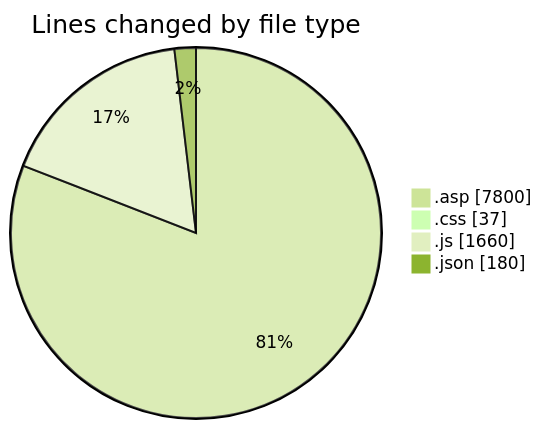
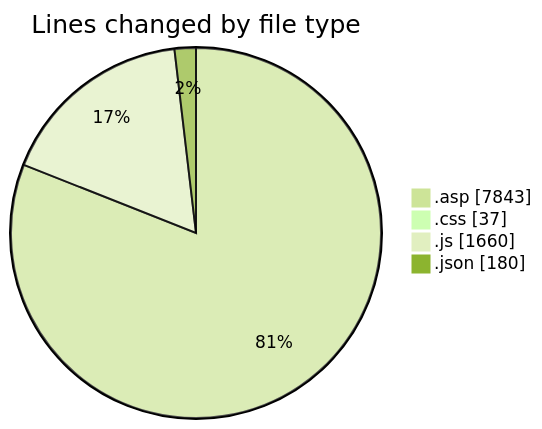
One commit to julien-gomy/code-tracking changed the first of 2 diagrams in 2025-11-02/cdp_aleoudev_fr__workspace_/README.md. Above: the diagram before and after it, drawn with Mermaid (forest theme). The commit also changed other lines of this file and 1 other file, not shown here.

````diff
--- a/2025-11-02/cdp_aleoudev_fr__workspace_/README.md
+++ b/2025-11-02/cdp_aleoudev_fr__workspace_/README.md
@@ -28,8 +28,8 @@
 ```mermaid
 pie showData
 title Lines changed by file type
-".asp" : 7800
+".asp" : 7843
 ".css" : 37
 ".js" : 1660
 ".json" : 180
 ```
````
